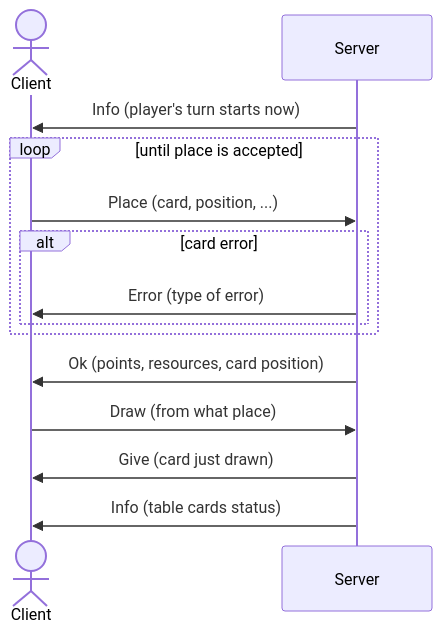
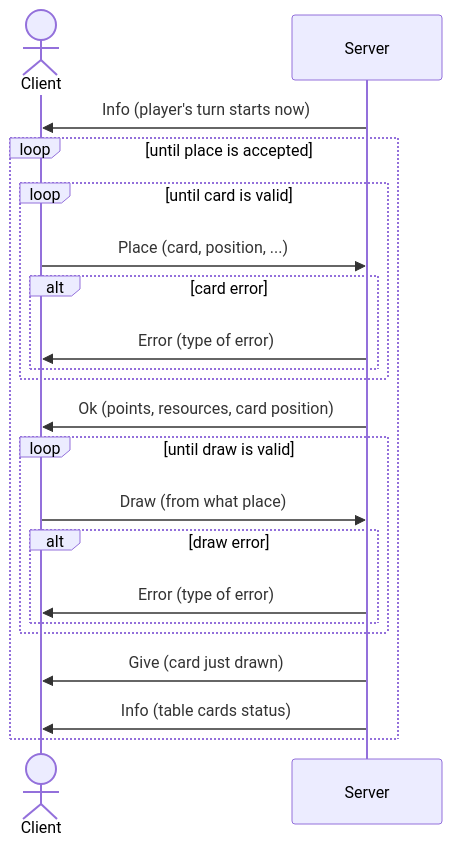
Before and after one commit to TheCaptainCraken/IS24-AM26: the third of 4 diagrams in deliverables/connection-serius.md, drawn with Mermaid. The commit also changed other lines of this file and 1 other file, not shown here.

Commit message:
update of uml

````diff
--- a/deliverables/connection-serius.md
+++ b/deliverables/connection-serius.md
@@ -45,15 +63,22 @@
 ```mermaid
 sequenceDiagram
     actor Client
     Server ->> Client: Info (player's turn starts now)
     loop until place is accepted
+        loop until card is valid 
         Client ->> Server: Place (card, position, ...)
         alt card error
             Server ->> Client: Error (type of error)
         end
-    end
-    Server ->> Client: Ok (points, resources, card position)
-    Client ->> Server: Draw (from what place)
-    Server ->> Client: Give (card just drawn)
-    Server ->> Client: Info (table cards status)
+        end
+        Server ->> Client: Ok (points, resources, card position)
+        loop until draw is valid 
+            Client ->> Server: Draw (from what place)
+            alt draw error
+                Server ->> Client: Error (type of error)
+            end
+        end
+            Server ->> Client: Give (card just drawn)
+        Server ->> Client: Info (table cards status)
+    end 
 ```
````
